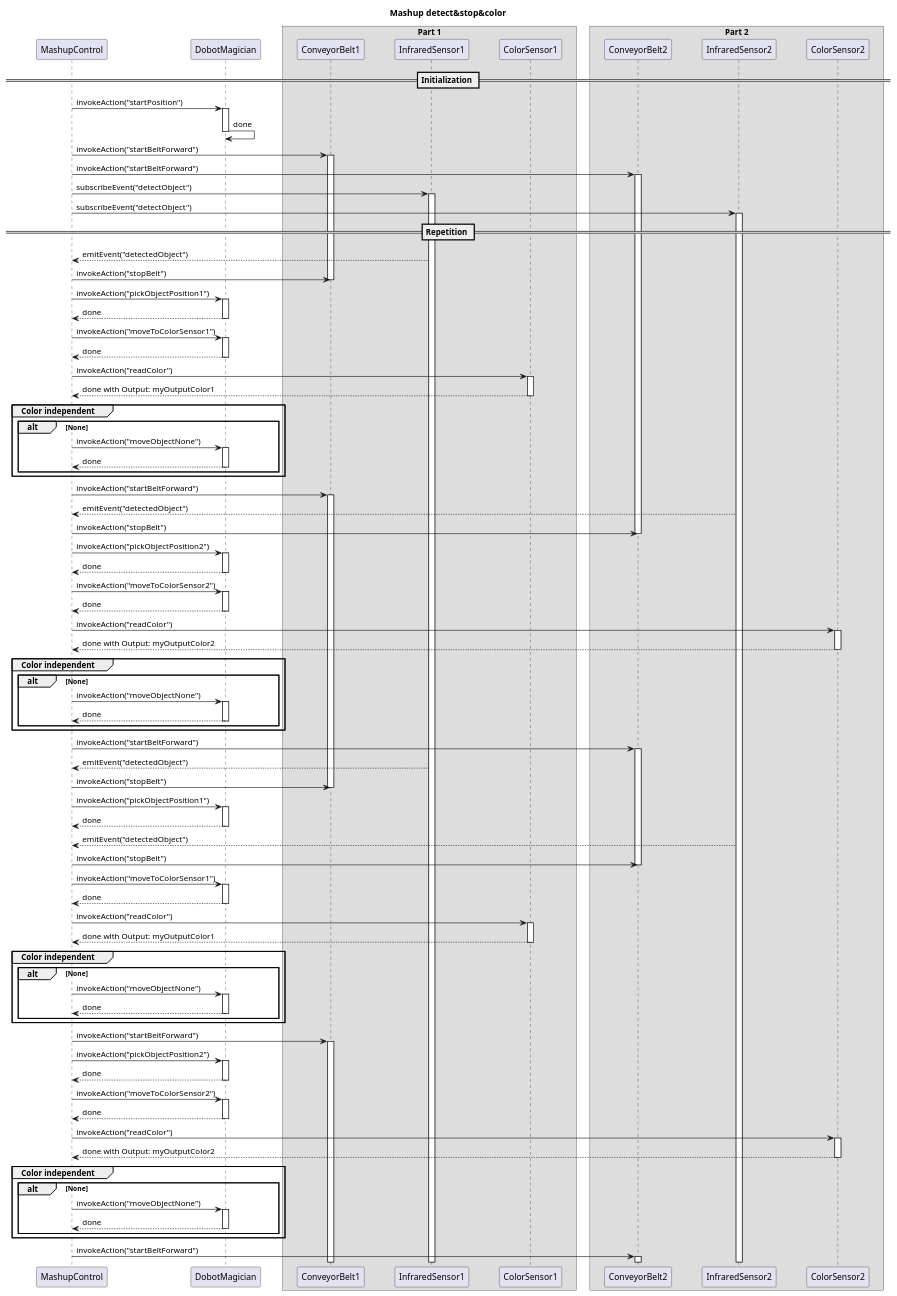
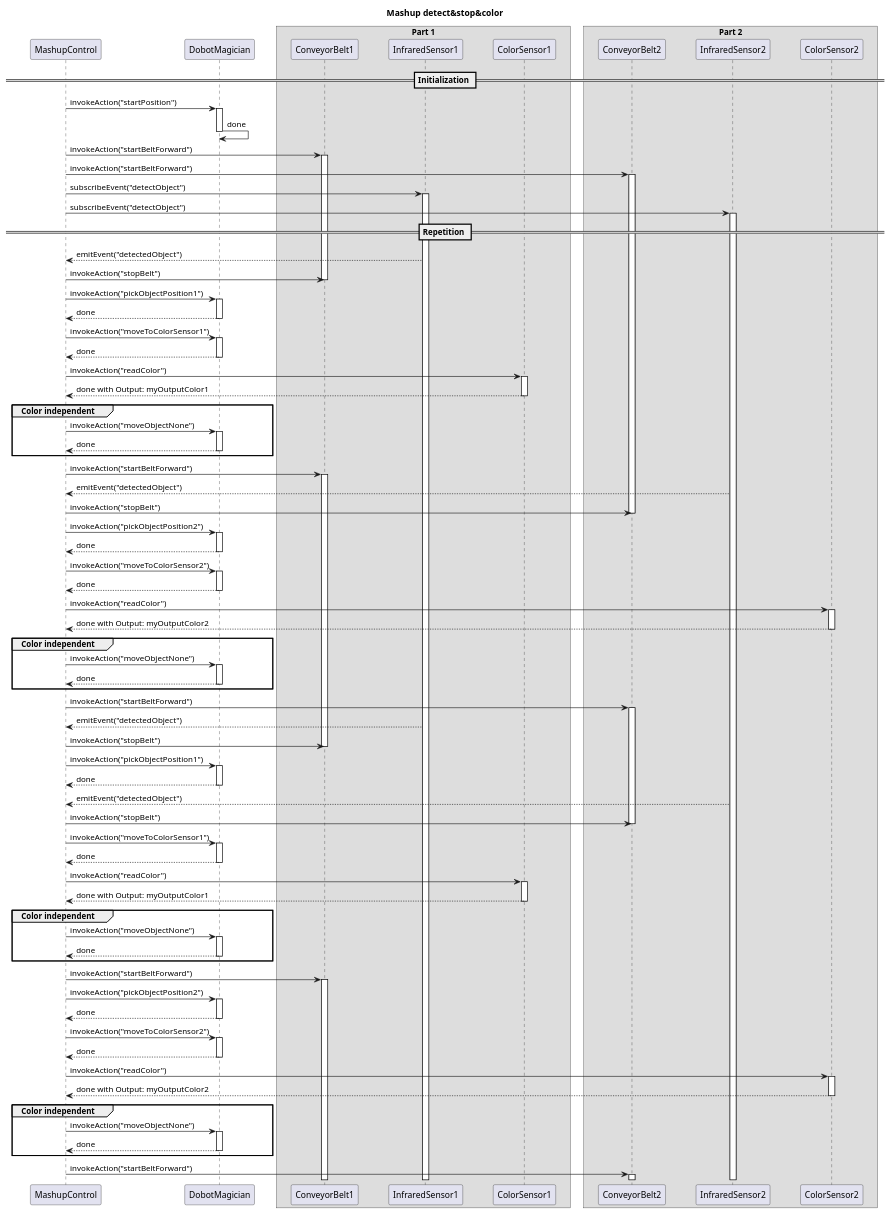
One commit to tum-esi/wot-sys changed the diagram in SequenceDiagrams/SequenceDiagramUML_mashup_detect_stop_color.wsd. Above: the diagram before and after it, drawn with PlantUML.

```diff
--- a/SequenceDiagrams/SequenceDiagramUML_mashup_detect_stop_color.wsd
+++ b/SequenceDiagrams/SequenceDiagramUML_mashup_detect_stop_color.wsd
@@ -1,150 +1,142 @@
 @startuml
 
 title Mashup detect&stop&color
 
 skinparam ParticipantPadding 20
 skinparam BoxPadding 10
 
 participant MashupControl as MC
 participant DobotMagician as DM
 
 box "Part 1"
 participant ConveyorBelt1 as CB1
 participant InfraredSensor1 as IS1
 participant ColorSensor1 as CS1
 end box
 
 box "Part 2"
 participant ConveyorBelt2 as CB2
 participant InfraredSensor2 as IS2
 participant ColorSensor2 as CS2
 end box
 
 
 == Initialization ==
 
 MC -> DM: invokeAction("startPosition")
 activate DM
 DM -> DM: done
 deactivate DM
 
 MC -> CB1: invokeAction("startBeltForward")
 activate CB1
 MC -> CB2: invokeAction("startBeltForward")
 activate CB2
 
 MC -> IS1: subscribeEvent("detectObject")
 activate IS1
 
 MC -> IS2: subscribeEvent("detectObject")
 activate IS2
 
 == Repetition ==
 
 MC <-- IS1: emitEvent("detectedObject")
 MC -> CB1: invokeAction("stopBelt")
 deactivate CB1
 MC -> DM: invokeAction("pickObjectPosition1")
 activate DM
 MC <-- DM: done
 deactivate DM
 MC -> DM: invokeAction("moveToColorSensor1")
 activate DM
 MC <-- DM: done
 deactivate DM
 MC -> CS1: invokeAction("readColor")
 activate CS1
 MC <-- CS1: done with Output: myOutputColor1
 deactivate CS1
 group Color independent
-alt None
 MC -> DM: invokeAction("moveObjectNone")
 activate DM
 MC <-- DM: done
 deactivate DM
-end
 end
 MC -> CB1: invokeAction("startBeltForward")
 activate CB1
 
 
 MC <-- IS2: emitEvent("detectedObject")
 MC -> CB2: invokeAction("stopBelt")
 deactivate CB2
 MC -> DM: invokeAction("pickObjectPosition2")
 activate DM
 MC <-- DM: done
 deactivate DM
 MC -> DM: invokeAction("moveToColorSensor2")
 activate DM
 MC <-- DM: done
 deactivate DM
 MC -> CS2: invokeAction("readColor")
 activate CS2
 MC <-- CS2: done with Output: myOutputColor2
 deactivate CS2
 group Color independent
-alt None
 MC -> DM: invokeAction("moveObjectNone")
 activate DM
 MC <-- DM: done
 deactivate DM
-end
 end
 MC -> CB2: invokeAction("startBeltForward")
 activate CB2
 
 MC <-- IS1: emitEvent("detectedObject")
 MC -> CB1: invokeAction("stopBelt")
 deactivate CB1
 MC -> DM: invokeAction("pickObjectPosition1")
 activate DM
 MC <-- DM: done
 deactivate DM
 
 MC <-- IS2: emitEvent("detectedObject")
 MC -> CB2: invokeAction("stopBelt")
 deactivate CB2
 
 MC -> DM: invokeAction("moveToColorSensor1")
 activate DM
 MC <-- DM: done
 deactivate DM
 MC -> CS1: invokeAction("readColor")
 activate CS1
 MC <-- CS1: done with Output: myOutputColor1
 deactivate CS1
 group Color independent
-alt None
 MC -> DM: invokeAction("moveObjectNone")
 activate DM
 MC <-- DM: done
 deactivate DM
-end
 end
 MC -> CB1: invokeAction("startBeltForward")
 activate CB1
 
 MC -> DM: invokeAction("pickObjectPosition2")
 activate DM
 MC <-- DM: done
 deactivate DM
 MC -> DM: invokeAction("moveToColorSensor2")
 activate DM
 MC <-- DM: done
 deactivate DM
 MC -> CS2: invokeAction("readColor")
 activate CS2
 MC <-- CS2: done with Output: myOutputColor2
 deactivate CS2
 group Color independent
-alt None
 MC -> DM: invokeAction("moveObjectNone")
 activate DM
 MC <-- DM: done
 deactivate DM
 end
-end
 MC -> CB2: invokeAction("startBeltForward")
 activate CB2
 @enduml
```
